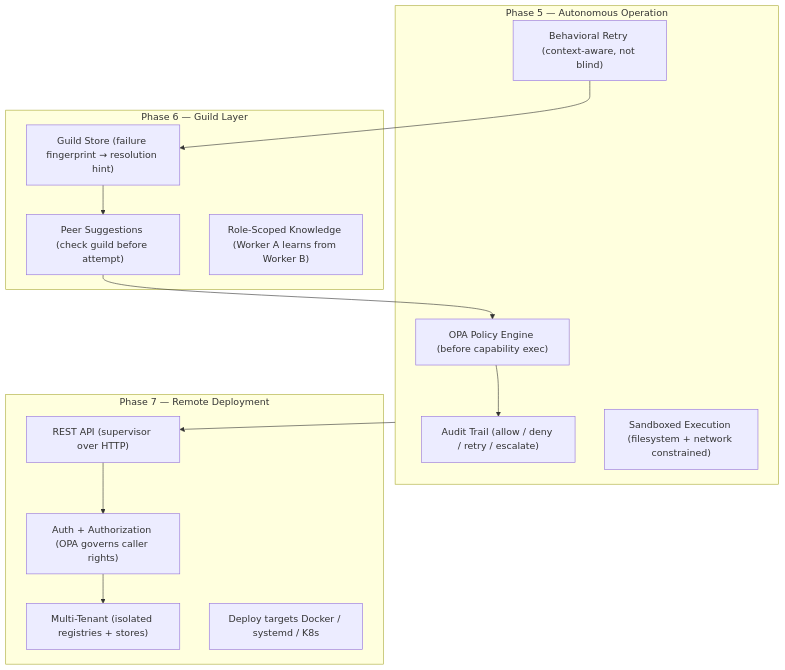
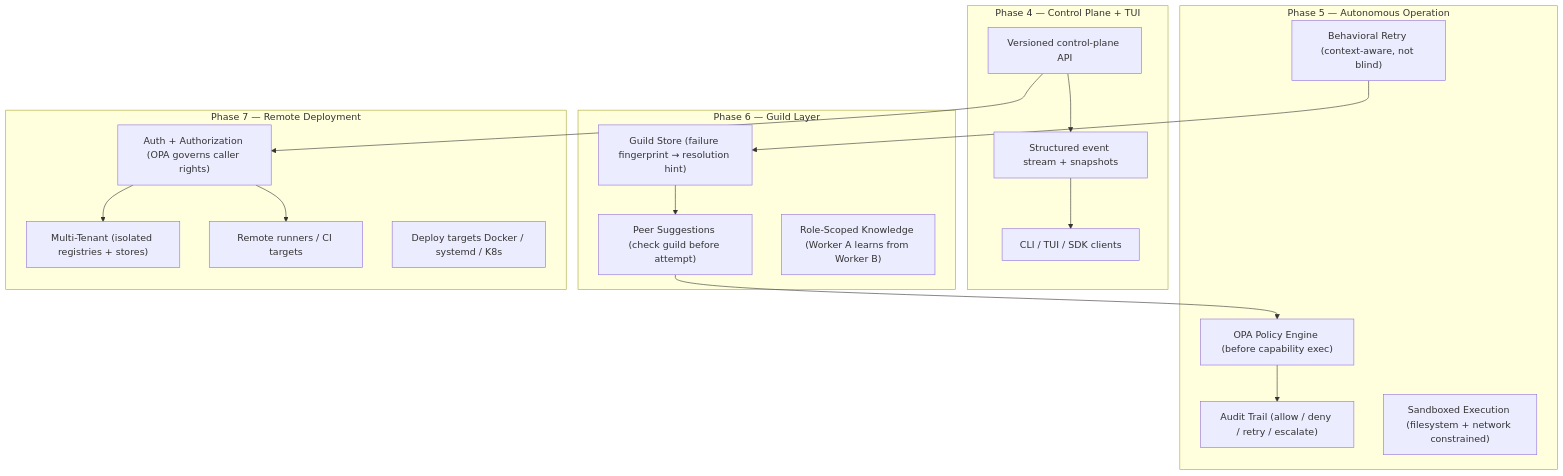
One commit to DanSega1/Conductor-Engine changed the fifth of 6 diagrams in docs/conductor/architecture-diagrams.md. Above: the diagram before and after it, drawn with Mermaid. The commit also changed other lines of this file and 2 other files, not shown here.

Commit message:
docs: refine roadmap for control plane and tui

````diff
--- a/docs/conductor/architecture-diagrams.md
+++ b/docs/conductor/architecture-diagrams.md
@@ -145,30 +145,38 @@
 ```mermaid
 flowchart TD
+    subgraph P4["Phase 4 — Control Plane + TUI"]
+        API["Versioned control-plane API"]
+        STREAM["Structured event stream + snapshots"]
+        CLIENTS["CLI / TUI / SDK clients"]
+    end
+
     subgraph P5["Phase 5 — Autonomous Operation"]
         OPA["OPA Policy Engine (before capability exec)"]
         AUDIT["Audit Trail (allow / deny / retry / escalate)"]
         SANDBOX["Sandboxed Execution (filesystem + network constrained)"]
         BRET["Behavioral Retry (context-aware, not blind)"]
     end
 
     subgraph P6["Phase 6 — Guild Layer"]
         GUILD["Guild Store (failure fingerprint → resolution hint)"]
         PEER["Peer Suggestions (check guild before attempt)"]
         ROLE["Role-Scoped Knowledge (Worker A learns from Worker B)"]
     end
 
     subgraph P7["Phase 7 — Remote Deployment"]
-        API["REST API (supervisor over HTTP)"]
         AUTH["Auth + Authorization (OPA governs caller rights)"]
         MT["Multi-Tenant (isolated registries + stores)"]
+        RUNNERS["Remote runners / CI targets"]
         DEPLOY["Deploy targets Docker / systemd / K8s"]
     end
 
+    API --> STREAM
+    STREAM --> CLIENTS
     OPA --> AUDIT
     BRET --> GUILD
     GUILD --> PEER
     PEER --> OPA
-    P5 --> API
     API --> AUTH
     AUTH --> MT
+    AUTH --> RUNNERS
 ```
````
